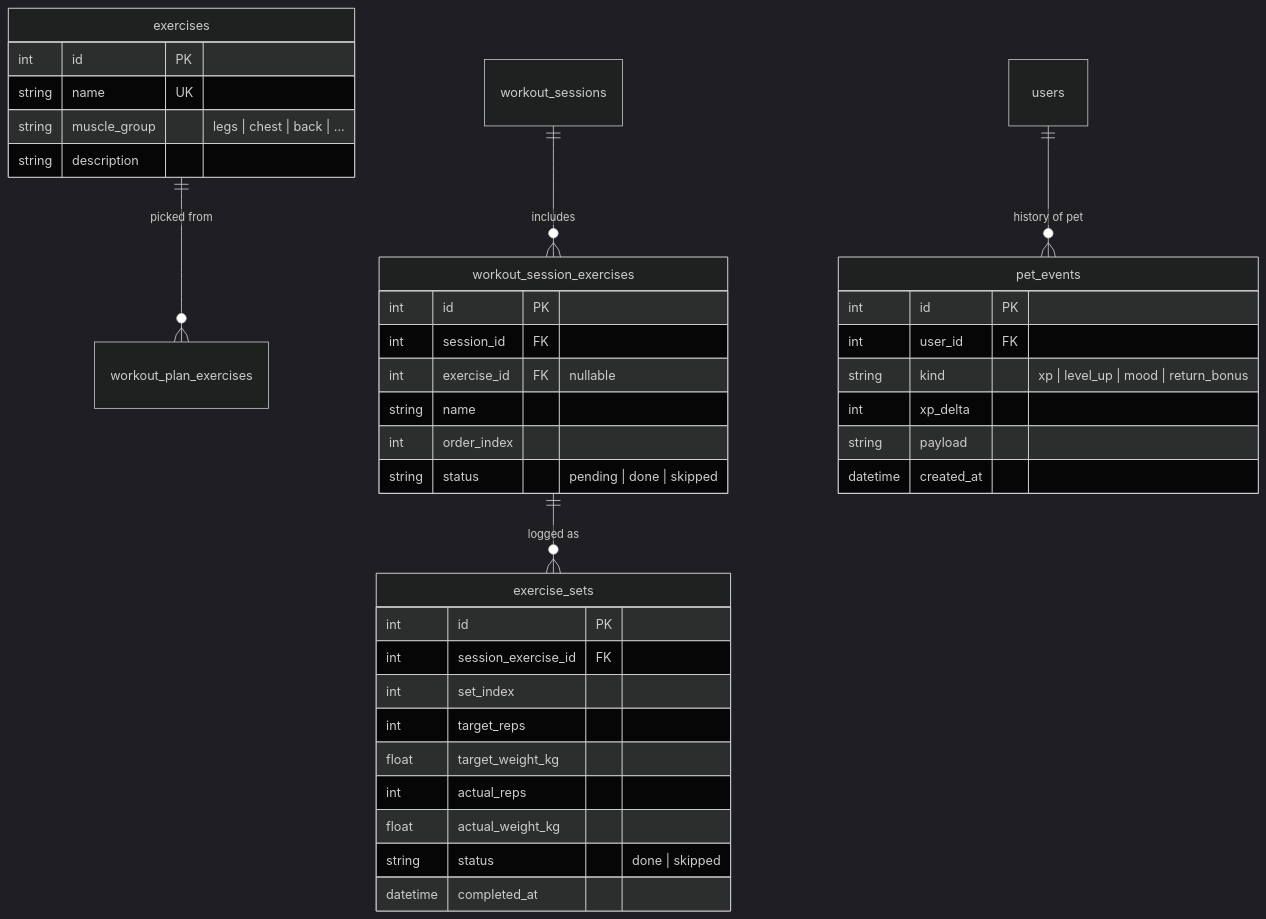
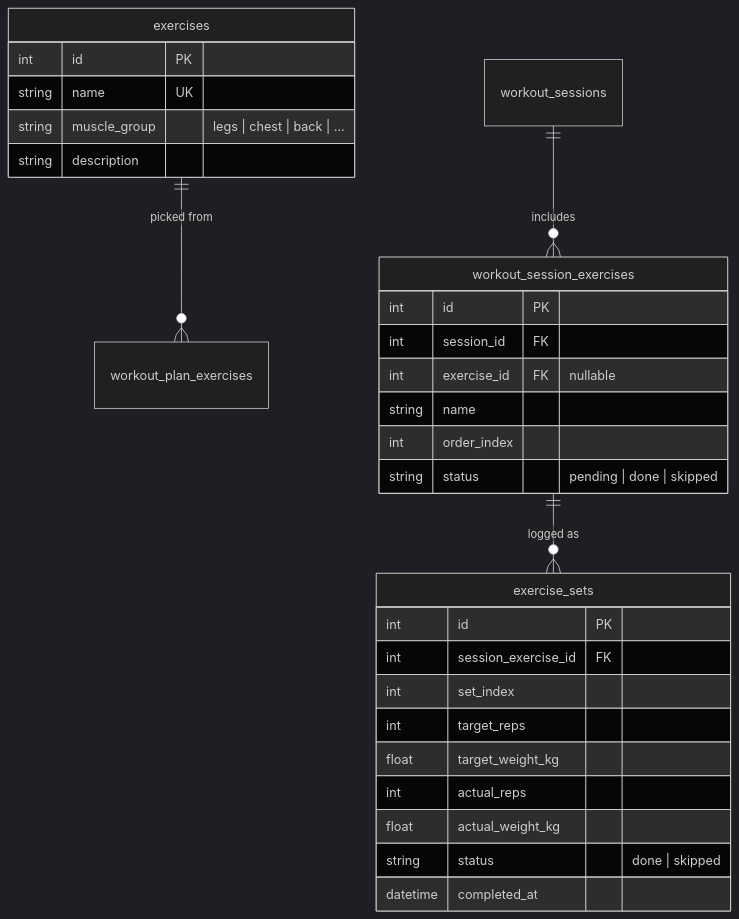
The second of 2 diagrams in docs/DATABASE.md (SonyAkb/FitnessApp), drawn with Mermaid (dark theme) before and after one commit. The commit also changed other lines of this file and 8 other files, not shown here.

Commit message:
feat(pet): журнал событий pet_events (PET-09)

````diff
--- a/docs/DATABASE.md
+++ b/docs/DATABASE.md
@@ -204,42 +219,32 @@
 ```mermaid
 erDiagram
   exercises ||--o{ workout_plan_exercises : "picked from"
   workout_sessions ||--o{ workout_session_exercises : "includes"
   workout_session_exercises ||--o{ exercise_sets : "logged as"
-  users ||--o{ pet_events : "history of pet"
 
   exercises {
     int id PK
     string name UK
     string muscle_group "legs | chest | back | ..."
     string description
   }
   workout_session_exercises {
     int id PK
     int session_id FK
     int exercise_id FK "nullable"
     string name
     int order_index
     string status "pending | done | skipped"
   }
   exercise_sets {
     int id PK
     int session_exercise_id FK
     int set_index
     int target_reps
     float target_weight_kg
     int actual_reps
     float actual_weight_kg
     string status "done | skipped"
     datetime completed_at
   }
-  pet_events {
-    int id PK
-    int user_id FK
-    string kind "xp | level_up | mood | return_bonus"
-    int xp_delta
-    string payload
-    datetime created_at
-  }
-
 ```
````
